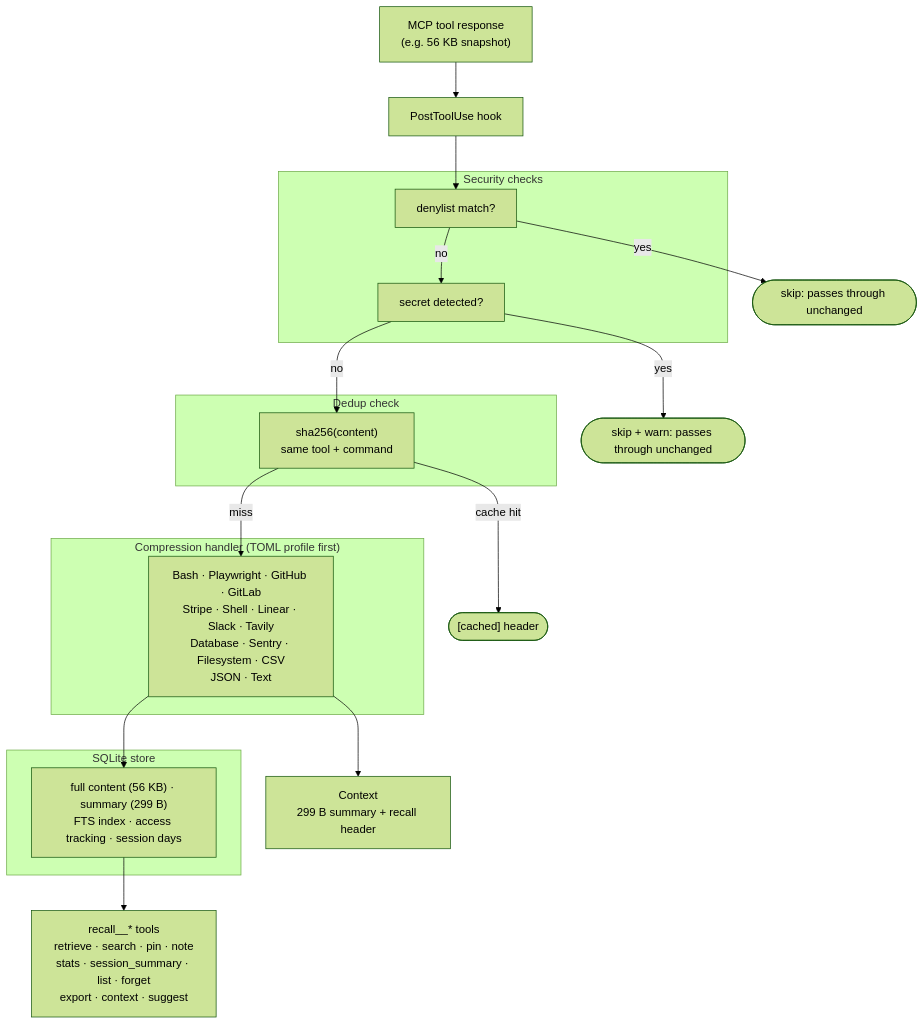
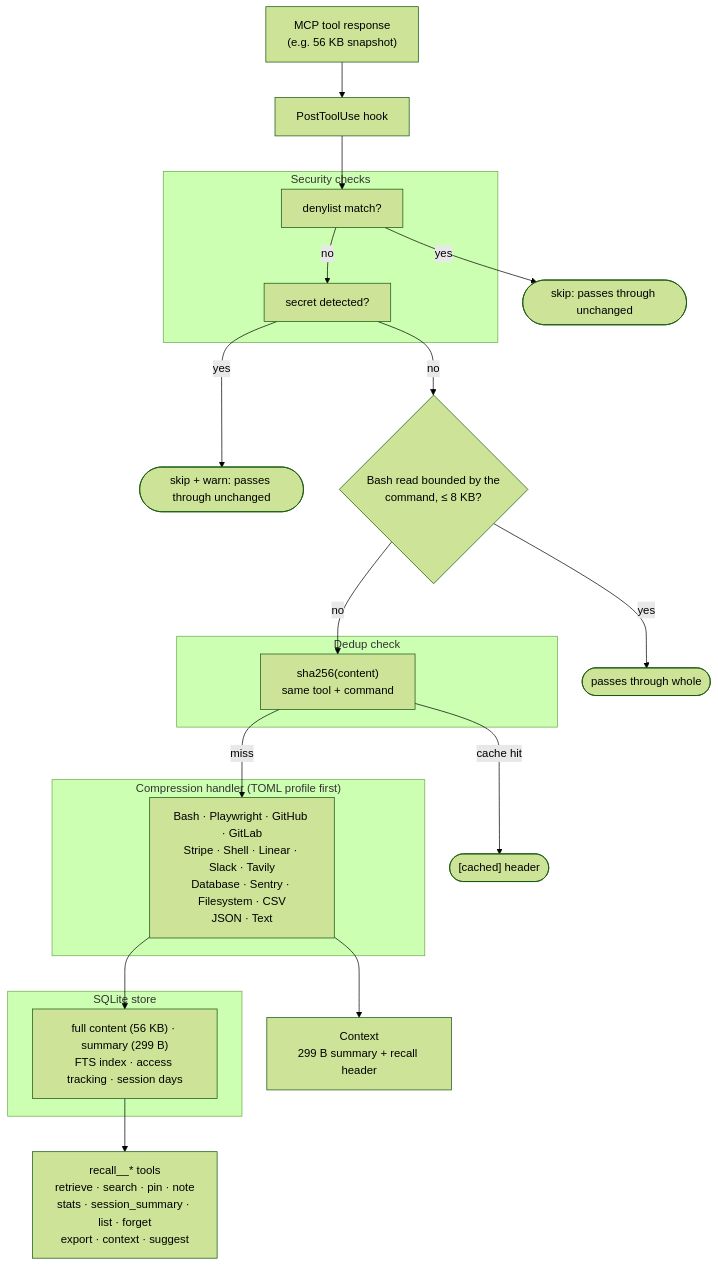
One commit to sakebomb/mcp-recall changed the third of 3 diagrams in README.md. Above: the diagram before and after it, drawn with Mermaid (forest theme). The commit also changed other lines of this file and 8 other files, not shown here.

First line of the commit message:
fix(hooks): deliver a read the command bounded itself whole (#327)

````diff
--- a/README.md
+++ b/README.md
@@ -69,35 +69,37 @@
 ```mermaid
 flowchart TD
     A["MCP tool response<br/>(e.g. 56 KB snapshot)"] --> B[PostToolUse hook]
 
     subgraph SEC["Security checks"]
         DENY[denylist match?]
         SCRT[secret detected?]
     end
 
     B --> DENY
     DENY -- yes --> P1([skip: passes through unchanged])
     DENY -- no --> SCRT
     SCRT -- yes --> P2([skip + warn: passes through unchanged])
-    SCRT -- no --> DEDUP_N
+    SCRT -- no --> BND{"Bash read bounded by the<br/>command, ≤ 8 KB?"}
+    BND -- yes --> P3([passes through whole])
+    BND -- no --> DEDUP_N
 
     subgraph DEDUP["Dedup check"]
         DEDUP_N["sha256(content)<br/>same tool + command"]
     end
 
     DEDUP_N -- "cache hit" --> CACHED(["[cached] header"])
     DEDUP_N -- miss --> HAND_N
 
     subgraph HANDLER["Compression handler (TOML profile first)"]
         HAND_N["Bash · Playwright · GitHub · GitLab<br/>Stripe · Shell · Linear · Slack · Tavily<br/>Database · Sentry · Filesystem · CSV<br/>JSON · Text"]
     end
 
     HAND_N --> CTX["Context<br/>299 B summary + recall header"]
     HAND_N --> DB_N
 
     subgraph DB["SQLite store"]
         DB_N["full content (56 KB) · summary (299 B)<br/>FTS index · access tracking · session days"]
     end
 
     DB_N --> TOOLS["recall__* tools<br/>retrieve · search · pin · note<br/>stats · session_summary · list · forget<br/>export · context · suggest"]
 ```
````
